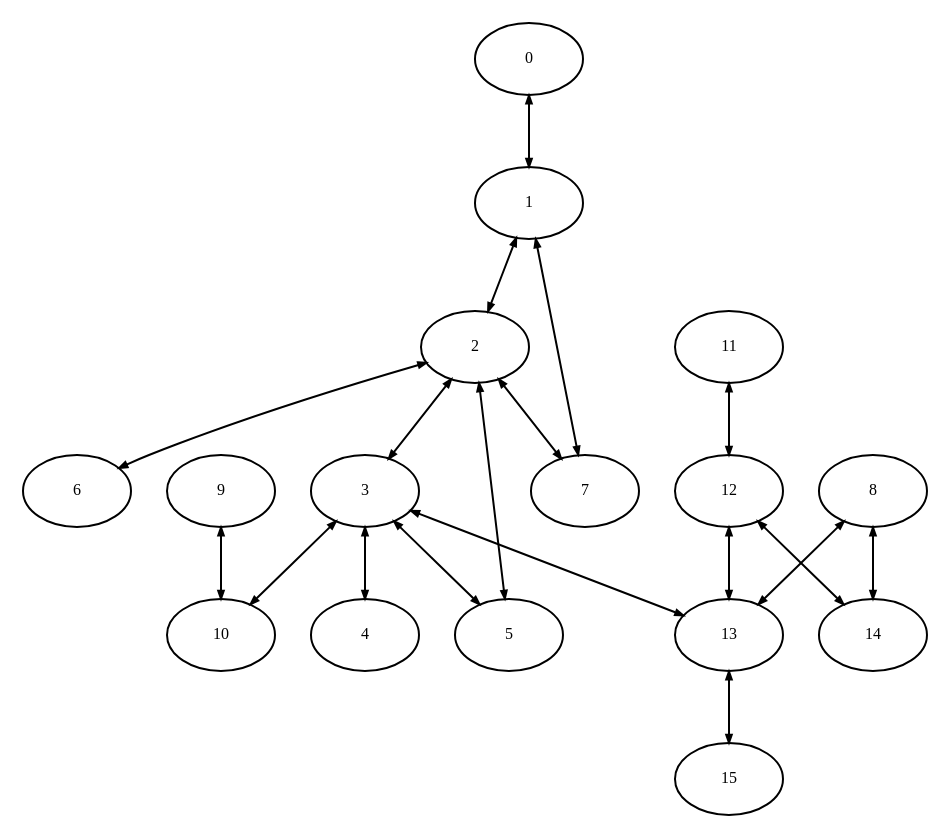
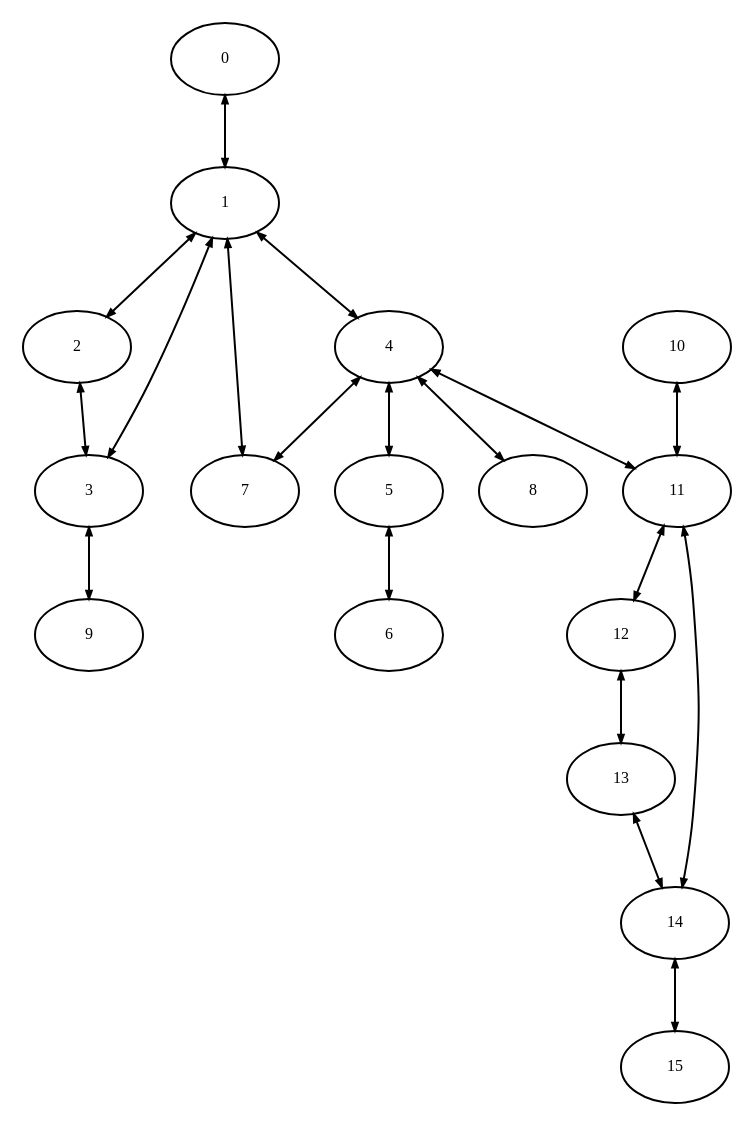
The diagram in datasets/sample-16/output/observed-network.dot (markormesher/easymaps-engine), drawn with Graphviz before and after one commit. The commit also changed 6 other files, not shown here.

```diff
--- a/datasets/sample-16/output/observed-network.dot
+++ b/datasets/sample-16/output/observed-network.dot
@@ -1,23 +1,23 @@
 digraph Map {
 graph[overlap = false, splines = true];
 edge[arrowsize = 0.4];
 node[fontsize = 8, margin = "0.07,0.02"];
 "0" -> "1" [dir = both];
 "1" -> "2" [dir = both];
+"1" -> "3" [dir = both];
+"1" -> "4" [dir = both];
 "1" -> "7" [dir = both];
 "2" -> "3" [dir = both];
-"2" -> "5" [dir = both];
-"2" -> "6" [dir = both];
-"2" -> "7" [dir = both];
-"3" -> "4" [dir = both];
-"3" -> "5" [dir = both];
-"3" -> "10" [dir = both];
-"3" -> "13" [dir = both];
-"8" -> "13" [dir = both];
-"8" -> "14" [dir = both];
-"9" -> "10" [dir = both];
+"3" -> "9" [dir = both];
+"4" -> "5" [dir = both];
+"4" -> "7" [dir = both];
+"4" -> "8" [dir = both];
+"4" -> "11" [dir = both];
+"5" -> "6" [dir = both];
+"10" -> "11" [dir = both];
 "11" -> "12" [dir = both];
+"11" -> "14" [dir = both];
 "12" -> "13" [dir = both];
-"12" -> "14" [dir = both];
-"13" -> "15" [dir = both];
+"13" -> "14" [dir = both];
+"14" -> "15" [dir = both];
 }
```
